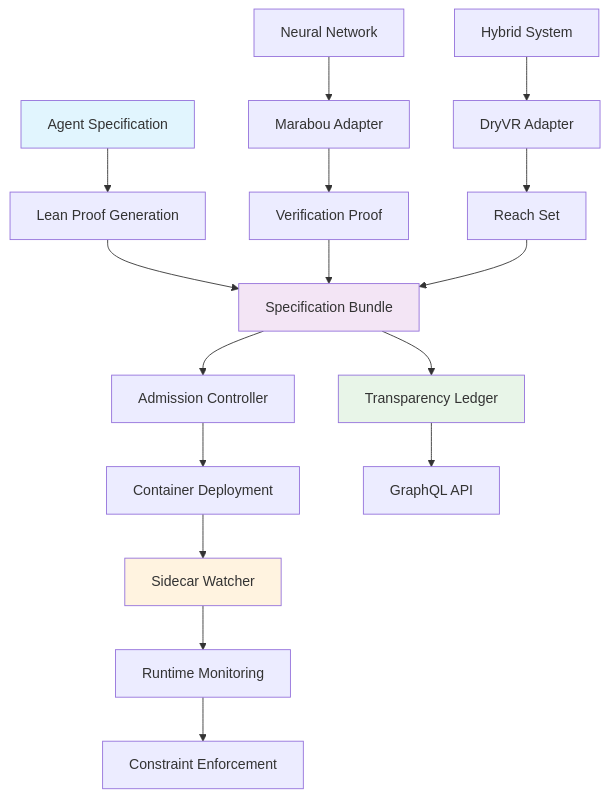
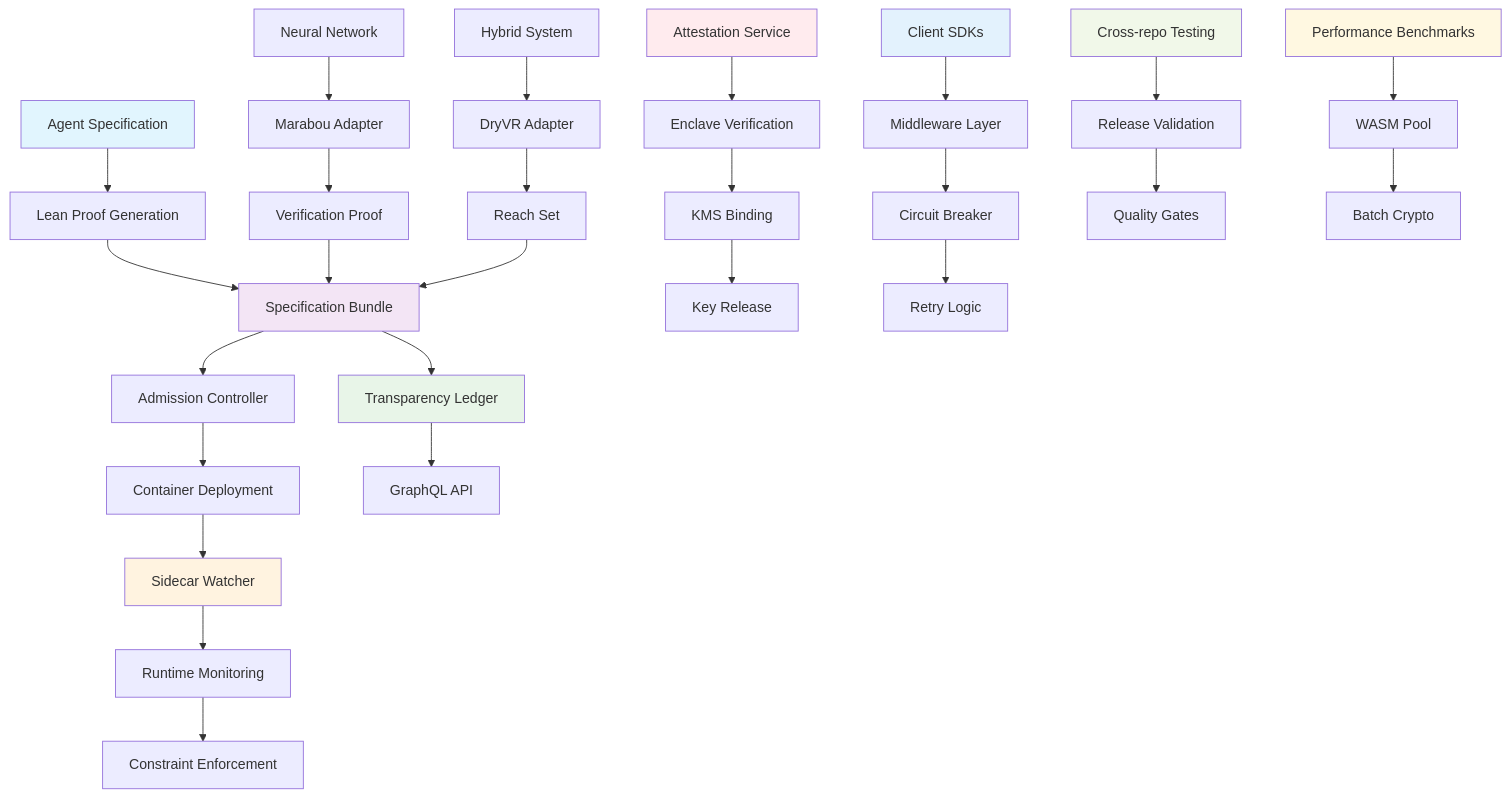
Before and after one commit to SentinelOps-CI/provability-fabric: the diagram in docs/index.md, drawn with Mermaid. The commit also changed other lines of this file and 50 other files, not shown here.

````diff
--- a/docs/index.md
+++ b/docs/index.md
@@ -17,26 +17,45 @@
 ```mermaid
 flowchart TD
     A[Agent Specification] --> B[Lean Proof Generation]
     B --> C[Specification Bundle]
     C --> D[Admission Controller]
     D --> E[Container Deployment]
     E --> F[Sidecar Watcher]
     F --> G[Runtime Monitoring]
     G --> H[Constraint Enforcement]
 
     I[Neural Network] --> J[Marabou Adapter]
     J --> K[Verification Proof]
     K --> C
 
     L[Hybrid System] --> M[DryVR Adapter]
     M --> N[Reach Set]
     N --> C
 
     C --> O[Transparency Ledger]
     O --> P[GraphQL API]
 
+    %% New PF-CORE Components
+    Q[Attestation Service] --> R[Enclave Verification]
+    R --> S[KMS Binding]
+    S --> T[Key Release]
+
+    U[Client SDKs] --> V[Middleware Layer]
+    V --> W[Circuit Breaker]
+    W --> X[Retry Logic]
+
+    Y[Cross-repo Testing] --> Z[Release Validation]
+    Z --> AA[Quality Gates]
+
+    BB[Performance Benchmarks] --> CC[WASM Pool]
+    CC --> DD[Batch Crypto]
+
     style A fill:#e1f5fe
     style C fill:#f3e5f5
     style F fill:#fff3e0
     style O fill:#e8f5e8
+    style Q fill:#ffebee
+    style U fill:#e3f2fd
+    style Y fill:#f1f8e9
+    style BB fill:#fff8e1
 ```
````
